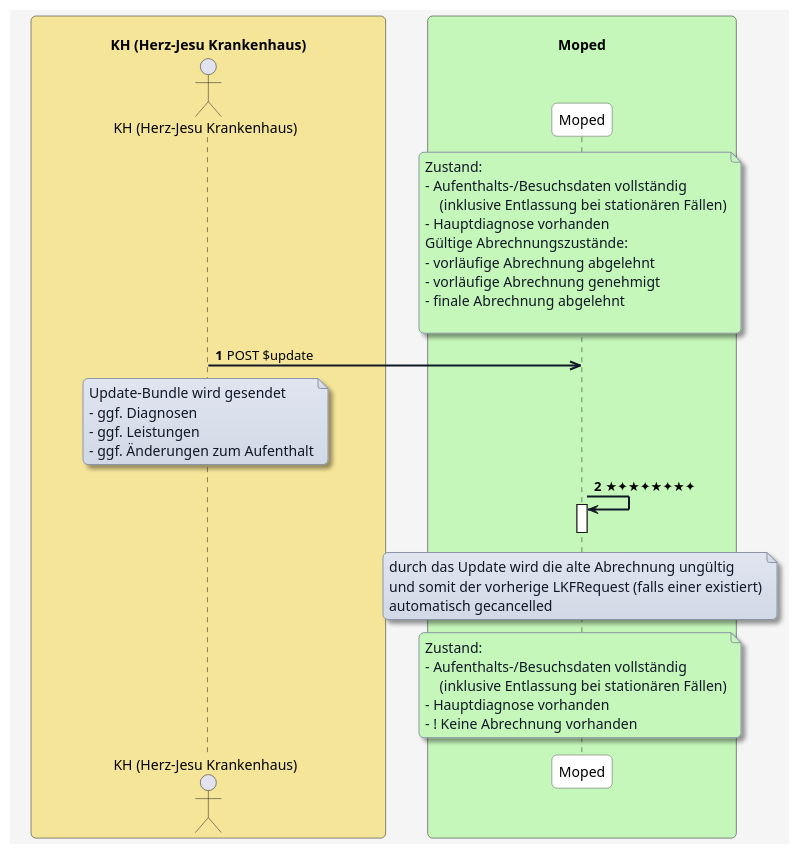
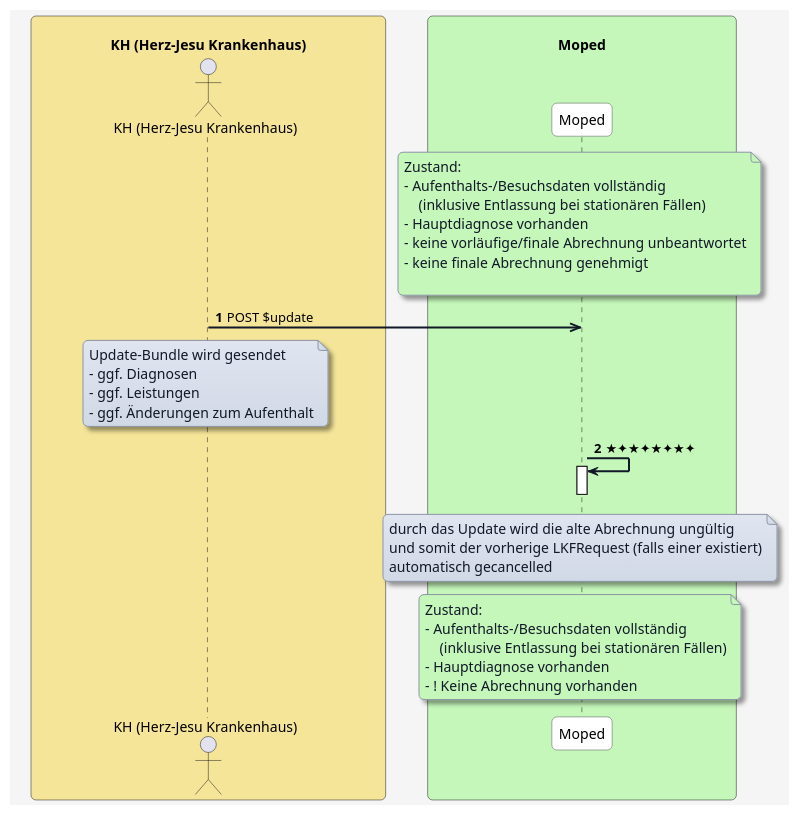
One commit to HL7Austria/ELGA-MOPED-R5 changed the diagram in plantuml/moped-fall-abrechnen/update-aenderung-nach-abrechnung.plantuml. Above: the diagram before and after it, drawn with PlantUML. The commit also changed 35 other files, not shown here.

```diff
--- a/plantuml/moped-fall-abrechnen/update-aenderung-nach-abrechnung.plantuml
+++ b/plantuml/moped-fall-abrechnen/update-aenderung-nach-abrechnung.plantuml
@@ -1,91 +1,89 @@
 @startuml
 skinparam borderColor #000000
 skinparam backgroundColor #f5f5f5
 skinparam shadowing false
 skinparam roundCorner 10
 skinparam defaultFontName "Arial"
 skinparam defaultFontSize 14
 skinparam defaultFontColor #000000
 
 skinparam note {
   BackgroundColor #e0e5f0-#d1d9e6
   BorderColor #8b95a5
   BorderThickness 1
   RoundCorner 8
   Padding 6
   FontColor #111827
   Shadowing true
 }
 
 skinparam HyperlinkColor #0000EE
 skinparam HyperlinkUnderline false
 
 skinparam sequence {
   ParticipantBorderColor #555555
   ParticipantBackgroundColor #ffffff
   ParticipantFontColor #000000
   ParticipantFontSize 14
   ParticipantPadding 20
   ArrowColor #111827
   ArrowThickness 2
   ArrowFontColor #000000
   ArrowFontSize 13
   GroupBorderColor #111827
   GroupBackgroundColor #f3f4f6
   GroupBorderThickness 1
 }
 
 skinparam BoxPadding 20
 skinparam BoxBorderColor #555555
 
 box "\n                     KH (Herz-Jesu Krankenhaus)                     " #f5e599
   actor KH as "KH (Herz-Jesu Krankenhaus)"
 end box
 
 box "\n                                   Moped                                   " #c5f7ba
   participant MP as "Moped"
 end box
 
 
 autonumber
 
 note over MP #c5f7ba
 Zustand:
 - Aufenthalts-/Besuchsdaten vollständig
     (inklusive Entlassung bei stationären Fällen)
 - Hauptdiagnose vorhanden
-Gültige Abrechnungszustände:
-- vorläufige Abrechnung abgelehnt
-- vorläufige Abrechnung genehmigt
-- finale Abrechnung abgelehnt
+- keine vorläufige/finale Abrechnung unbeantwortet
+- keine finale Abrechnung genehmigt
 
 end note
 
 KH ->> MP: POST $update
 
 note over KH
 Update-Bundle wird gesendet
 - ggf. Diagnosen
 - ggf. Leistungen
 - ggf. Änderungen zum Aufenthalt
 end note
 
 MP -> MP: ★✦★✦★✦★✦
 activate MP
 deactivate MP
 
 note over MP
 durch das Update wird die alte Abrechnung ungültig
 und somit der vorherige LKFRequest (falls einer existiert)
 automatisch gecancelled
 end note
 
 note over MP #c5f7ba
 Zustand:
 - Aufenthalts-/Besuchsdaten vollständig
     (inklusive Entlassung bei stationären Fällen)
 - Hauptdiagnose vorhanden
 - ! Keine Abrechnung vorhanden
 end note
 
 @enduml
```
